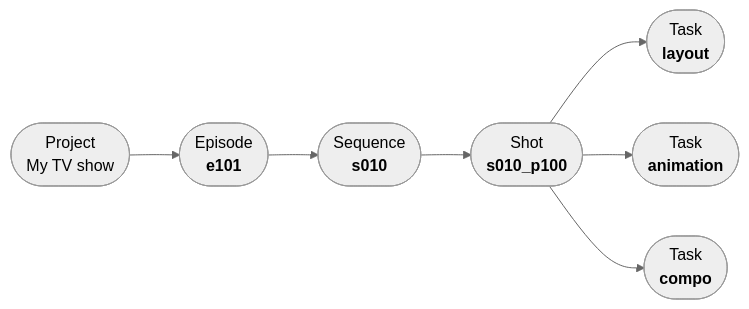
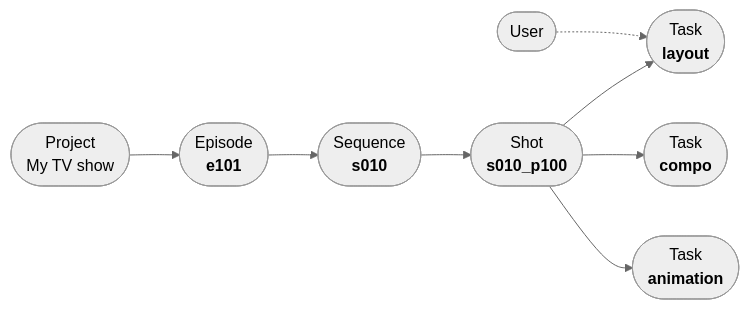
The diagram in src/web/introduction.md (fatfish-lab/aquarium-documentation), drawn with Mermaid (neutral theme) before and after one commit. The commit also changed other lines of this file, not shown here.

````diff
--- a/src/web/introduction.md
+++ b/src/web/introduction.md
@@ -27,9 +27,10 @@
 ```mermaid
 graph LR
+  User([User]) -.-> TaskL
   Project([Project <br/> My TV show]) --> Episode
   Episode([Episode <br/> <strong>e101</strong>]) --> Sequence
   Sequence([Sequence <br/> <strong>s010</strong>]) --> Shot
-  Shot([Shot <br/> <strong>s010_p100</strong>]) --> TaskL([Task <br/> <strong>layout</strong>]):::Task
   Shot --> C([Task <br/> <strong>animation</strong>]):::Task
   Shot --> D([Task <br/> <strong>compo</strong>]):::Task
+  Shot([Shot <br/> <strong>s010_p100</strong>]) --> TaskL([Task <br/> <strong>layout</strong>]):::Task
 ```
````
